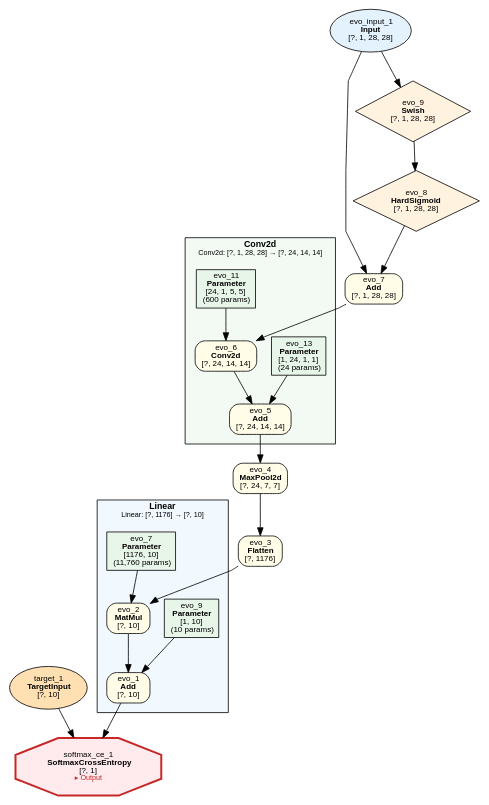
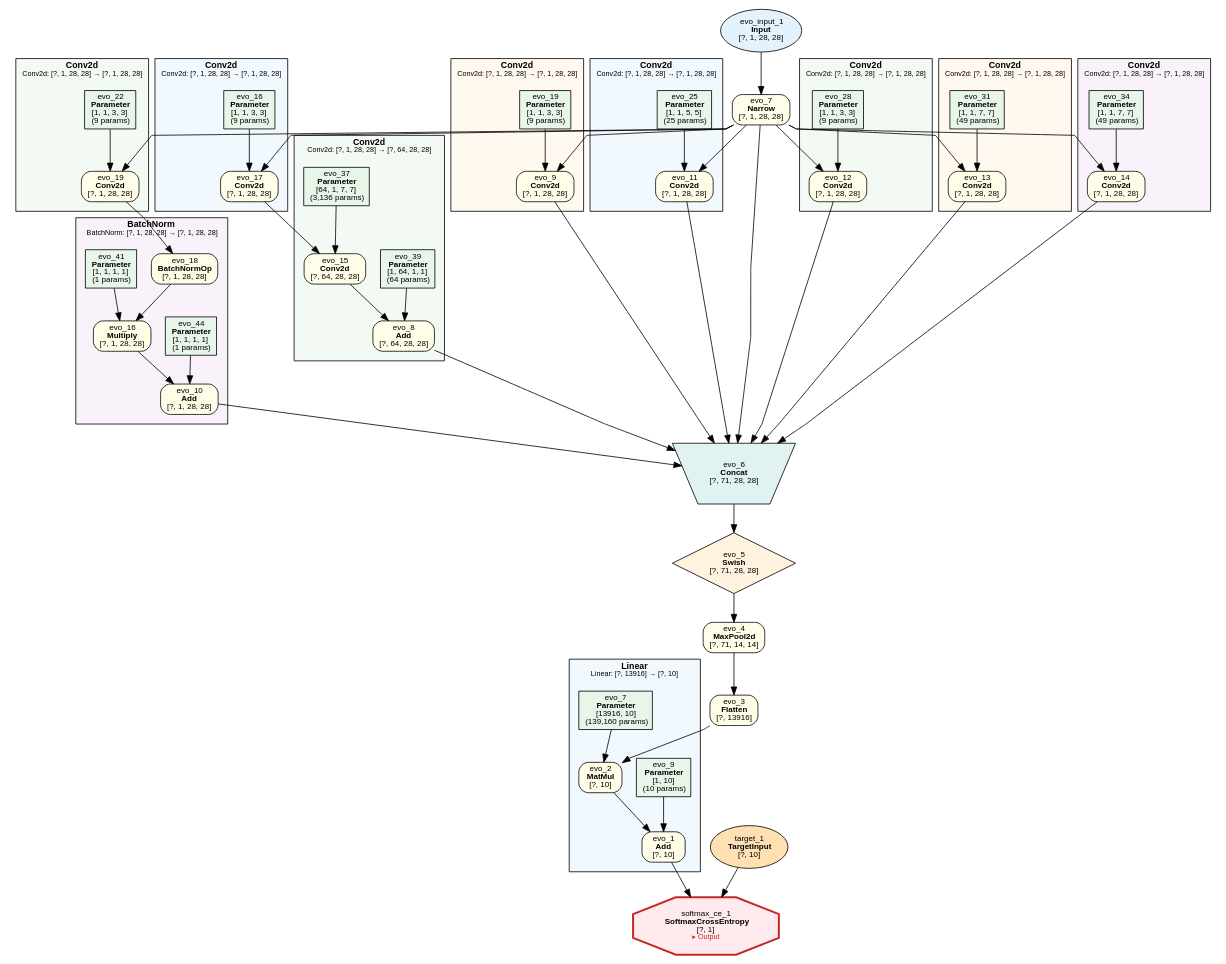
Before and after one commit to dbsxdbsx/only_torch: the diagram in examples/evolution/mnist/evolution_mnist.dot, drawn with Graphviz. The commit also changed 13 other files, not shown here.

```diff
--- a/examples/evolution/mnist/evolution_mnist.dot
+++ b/examples/evolution/mnist/evolution_mnist.dot
@@ -1,59 +1,175 @@
 digraph ComputeGraph {
     rankdir=TB;
     newrank=true;
     splines=polyline;
     node [fontname="Microsoft YaHei,SimHei,Arial"];
     edge [fontname="Microsoft YaHei,SimHei,Arial"];
 
     subgraph cluster_group_linear_3 {
-        label=<<B>Linear</B><BR/><FONT POINT-SIZE="9">Linear: [?, 1176] → [?, 10]</FONT>>;
+        label=<<B>Linear</B><BR/><FONT POINT-SIZE="9">Linear: [?, 13916] → [?, 10]</FONT>>;
         style=filled;
         fillcolor="#E3F2FD80";
         fontname="Microsoft YaHei,SimHei,Arial";
         fontsize=11;
         margin=12;
             "2" [label=<evo_1<BR/><B>Add</B><BR/>[?, 10]> shape=box style="filled,rounded" fillcolor="#FFFDE7" fontsize=10];
             "4" [label=<evo_2<BR/><B>MatMul</B><BR/>[?, 10]> shape=box style="filled,rounded" fillcolor="#FFFDE7" fontsize=10];
             "5" [label=<evo_9<BR/><B>Parameter</B><BR/>[1, 10]<BR/>(10 params)> shape=box style=filled fillcolor="#E8F5E9" fontsize=10];
-            "7" [label=<evo_7<BR/><B>Parameter</B><BR/>[1176, 10]<BR/>(11,760 params)> shape=box style=filled fillcolor="#E8F5E9" fontsize=10];
+            "7" [label=<evo_7<BR/><B>Parameter</B><BR/>[13916, 10]<BR/>(139,160 params)> shape=box style=filled fillcolor="#E8F5E9" fontsize=10];
     }
 
-    subgraph cluster_group_conv2d_4 {
-        label=<<B>Conv2d</B><BR/><FONT POINT-SIZE="9">Conv2d: [?, 1, 28, 28] → [?, 24, 14, 14]</FONT>>;
+    subgraph cluster_group_conv2d_34 {
+        label=<<B>Conv2d</B><BR/><FONT POINT-SIZE="9">Conv2d: [?, 1, 28, 28] → [?, 64, 28, 28]</FONT>>;
         style=filled;
         fillcolor="#E8F5E980";
         fontname="Microsoft YaHei,SimHei,Arial";
         fontsize=11;
         margin=12;
-            "9" [label=<evo_5<BR/><B>Add</B><BR/>[?, 24, 14, 14]> shape=box style="filled,rounded" fillcolor="#FFFDE7" fontsize=10];
-            "10" [label=<evo_6<BR/><B>Conv2d</B><BR/>[?, 24, 14, 14]> shape=box style="filled,rounded" fillcolor="#FFFDE7" fontsize=10];
-            "11" [label=<evo_13<BR/><B>Parameter</B><BR/>[1, 24, 1, 1]<BR/>(24 params)> shape=box style=filled fillcolor="#E8F5E9" fontsize=10];
-            "13" [label=<evo_11<BR/><B>Parameter</B><BR/>[24, 1, 5, 5]<BR/>(600 params)> shape=box style=filled fillcolor="#E8F5E9" fontsize=10];
+            "12" [label=<evo_8<BR/><B>Add</B><BR/>[?, 64, 28, 28]> shape=box style="filled,rounded" fillcolor="#FFFDE7" fontsize=10];
+            "20" [label=<evo_15<BR/><B>Conv2d</B><BR/>[?, 64, 28, 28]> shape=box style="filled,rounded" fillcolor="#FFFDE7" fontsize=10];
+            "21" [label=<evo_39<BR/><B>Parameter</B><BR/>[1, 64, 1, 1]<BR/>(64 params)> shape=box style=filled fillcolor="#E8F5E9" fontsize=10];
+            "30" [label=<evo_37<BR/><B>Parameter</B><BR/>[64, 1, 7, 7]<BR/>(3,136 params)> shape=box style=filled fillcolor="#E8F5E9" fontsize=10];
+    }
+
+    subgraph cluster_group_conv2d_18 {
+        label=<<B>Conv2d</B><BR/><FONT POINT-SIZE="9">Conv2d: [?, 1, 28, 28] → [?, 1, 28, 28]</FONT>>;
+        style=filled;
+        fillcolor="#FFF3E080";
+        fontname="Microsoft YaHei,SimHei,Arial";
+        fontsize=11;
+        margin=12;
+            "13" [label=<evo_9<BR/><B>Conv2d</B><BR/>[?, 1, 28, 28]> shape=box style="filled,rounded" fillcolor="#FFFDE7" fontsize=10];
+            "22" [label=<evo_19<BR/><B>Parameter</B><BR/>[1, 1, 3, 3]<BR/>(9 params)> shape=box style=filled fillcolor="#E8F5E9" fontsize=10];
+    }
+
+    subgraph cluster_group_batchnorm_35 {
+        label=<<B>BatchNorm</B><BR/><FONT POINT-SIZE="9">BatchNorm: [?, 1, 28, 28] → [?, 1, 28, 28]</FONT>>;
+        style=filled;
+        fillcolor="#F3E5F580";
+        fontname="Microsoft YaHei,SimHei,Arial";
+        fontsize=11;
+        margin=12;
+            "14" [label=<evo_10<BR/><B>Add</B><BR/>[?, 1, 28, 28]> shape=box style="filled,rounded" fillcolor="#FFFDE7" fontsize=10];
+            "23" [label=<evo_16<BR/><B>Multiply</B><BR/>[?, 1, 28, 28]> shape=box style="filled,rounded" fillcolor="#FFFDE7" fontsize=10];
+            "24" [label=<evo_44<BR/><B>Parameter</B><BR/>[1, 1, 1, 1]<BR/>(1 params)> shape=box style=filled fillcolor="#E8F5E9" fontsize=10];
+            "31" [label=<evo_18<BR/><B>BatchNormOp</B><BR/>[?, 1, 28, 28]> shape=box style="filled,rounded" fillcolor="#FFFDE7" fontsize=10];
+            "32" [label=<evo_41<BR/><B>Parameter</B><BR/>[1, 1, 1, 1]<BR/>(1 params)> shape=box style=filled fillcolor="#E8F5E9" fontsize=10];
+    }
+
+    subgraph cluster_group_conv2d_24 {
+        label=<<B>Conv2d</B><BR/><FONT POINT-SIZE="9">Conv2d: [?, 1, 28, 28] → [?, 1, 28, 28]</FONT>>;
+        style=filled;
+        fillcolor="#E3F2FD80";
+        fontname="Microsoft YaHei,SimHei,Arial";
+        fontsize=11;
+        margin=12;
+            "15" [label=<evo_11<BR/><B>Conv2d</B><BR/>[?, 1, 28, 28]> shape=box style="filled,rounded" fillcolor="#FFFDE7" fontsize=10];
+            "25" [label=<evo_25<BR/><B>Parameter</B><BR/>[1, 1, 5, 5]<BR/>(25 params)> shape=box style=filled fillcolor="#E8F5E9" fontsize=10];
+    }
+
+    subgraph cluster_group_conv2d_27 {
+        label=<<B>Conv2d</B><BR/><FONT POINT-SIZE="9">Conv2d: [?, 1, 28, 28] → [?, 1, 28, 28]</FONT>>;
+        style=filled;
+        fillcolor="#E8F5E980";
+        fontname="Microsoft YaHei,SimHei,Arial";
+        fontsize=11;
+        margin=12;
+            "16" [label=<evo_12<BR/><B>Conv2d</B><BR/>[?, 1, 28, 28]> shape=box style="filled,rounded" fillcolor="#FFFDE7" fontsize=10];
+            "26" [label=<evo_28<BR/><B>Parameter</B><BR/>[1, 1, 3, 3]<BR/>(9 params)> shape=box style=filled fillcolor="#E8F5E9" fontsize=10];
+    }
+
+    subgraph cluster_group_conv2d_30 {
+        label=<<B>Conv2d</B><BR/><FONT POINT-SIZE="9">Conv2d: [?, 1, 28, 28] → [?, 1, 28, 28]</FONT>>;
+        style=filled;
+        fillcolor="#FFF3E080";
+        fontname="Microsoft YaHei,SimHei,Arial";
+        fontsize=11;
+        margin=12;
+            "17" [label=<evo_13<BR/><B>Conv2d</B><BR/>[?, 1, 28, 28]> shape=box style="filled,rounded" fillcolor="#FFFDE7" fontsize=10];
+            "27" [label=<evo_31<BR/><B>Parameter</B><BR/>[1, 1, 7, 7]<BR/>(49 params)> shape=box style=filled fillcolor="#E8F5E9" fontsize=10];
+    }
+
+    subgraph cluster_group_conv2d_33 {
+        label=<<B>Conv2d</B><BR/><FONT POINT-SIZE="9">Conv2d: [?, 1, 28, 28] → [?, 1, 28, 28]</FONT>>;
+        style=filled;
+        fillcolor="#F3E5F580";
+        fontname="Microsoft YaHei,SimHei,Arial";
+        fontsize=11;
+        margin=12;
+            "18" [label=<evo_14<BR/><B>Conv2d</B><BR/>[?, 1, 28, 28]> shape=box style="filled,rounded" fillcolor="#FFFDE7" fontsize=10];
+            "28" [label=<evo_34<BR/><B>Parameter</B><BR/>[1, 1, 7, 7]<BR/>(49 params)> shape=box style=filled fillcolor="#E8F5E9" fontsize=10];
+    }
+
+    subgraph cluster_group_conv2d_15 {
+        label=<<B>Conv2d</B><BR/><FONT POINT-SIZE="9">Conv2d: [?, 1, 28, 28] → [?, 1, 28, 28]</FONT>>;
+        style=filled;
+        fillcolor="#E3F2FD80";
+        fontname="Microsoft YaHei,SimHei,Arial";
+        fontsize=11;
+        margin=12;
+            "29" [label=<evo_17<BR/><B>Conv2d</B><BR/>[?, 1, 28, 28]> shape=box style="filled,rounded" fillcolor="#FFFDE7" fontsize=10];
+            "33" [label=<evo_16<BR/><B>Parameter</B><BR/>[1, 1, 3, 3]<BR/>(9 params)> shape=box style=filled fillcolor="#E8F5E9" fontsize=10];
+    }
+
+    subgraph cluster_group_conv2d_21 {
+        label=<<B>Conv2d</B><BR/><FONT POINT-SIZE="9">Conv2d: [?, 1, 28, 28] → [?, 1, 28, 28]</FONT>>;
+        style=filled;
+        fillcolor="#E8F5E980";
+        fontname="Microsoft YaHei,SimHei,Arial";
+        fontsize=11;
+        margin=12;
+            "34" [label=<evo_19<BR/><B>Conv2d</B><BR/>[?, 1, 28, 28]> shape=box style="filled,rounded" fillcolor="#FFFDE7" fontsize=10];
+            "35" [label=<evo_22<BR/><B>Parameter</B><BR/>[1, 1, 3, 3]<BR/>(9 params)> shape=box style=filled fillcolor="#E8F5E9" fontsize=10];
     }
 
     "1" [label=<softmax_ce_1<BR/><B>SoftmaxCrossEntropy</B><BR/>[?, 1]<BR/><FONT COLOR="#C62828" POINT-SIZE="9">▸ Output</FONT>> shape=octagon style=filled fillcolor="#FFEBEE" fontsize=10 penwidth=2.5 color="#C62828"];
     "3" [label=<target_1<BR/><B>TargetInput</B><BR/>[?, 10]> shape=ellipse style=filled fillcolor="#FFE0B2" fontsize=10];
-    "6" [label=<evo_3<BR/><B>Flatten</B><BR/>[?, 1176]> shape=box style="filled,rounded" fillcolor="#FFFDE7" fontsize=10];
-    "8" [label=<evo_4<BR/><B>MaxPool2d</B><BR/>[?, 24, 7, 7]> shape=box style="filled,rounded" fillcolor="#FFFDE7" fontsize=10];
-    "12" [label=<evo_7<BR/><B>Add</B><BR/>[?, 1, 28, 28]> shape=box style="filled,rounded" fillcolor="#FFFDE7" fontsize=10];
-    "14" [label=<evo_8<BR/><B>HardSigmoid</B><BR/>[?, 1, 28, 28]> shape=diamond style=filled fillcolor="#FFF3E0" fontsize=10];
-    "15" [label=<evo_input_1<BR/><B>Input</B><BR/>[?, 1, 28, 28]> shape=ellipse style=filled fillcolor="#E3F2FD" fontsize=10];
-    "16" [label=<evo_9<BR/><B>Swish</B><BR/>[?, 1, 28, 28]> shape=diamond style=filled fillcolor="#FFF3E0" fontsize=10];
+    "6" [label=<evo_3<BR/><B>Flatten</B><BR/>[?, 13916]> shape=box style="filled,rounded" fillcolor="#FFFDE7" fontsize=10];
+    "8" [label=<evo_4<BR/><B>MaxPool2d</B><BR/>[?, 71, 14, 14]> shape=box style="filled,rounded" fillcolor="#FFFDE7" fontsize=10];
+    "9" [label=<evo_5<BR/><B>Swish</B><BR/>[?, 71, 28, 28]> shape=diamond style=filled fillcolor="#FFF3E0" fontsize=10];
+    "10" [label=<evo_6<BR/><B>Concat</B><BR/>[?, 71, 28, 28]> shape=invtrapezium style=filled fillcolor="#E0F2F1" fontsize=10];
+    "11" [label=<evo_7<BR/><B>Narrow</B><BR/>[?, 1, 28, 28]> shape=box style="filled,rounded" fillcolor="#FFFDE7" fontsize=10];
+    "19" [label=<evo_input_1<BR/><B>Input</B><BR/>[?, 1, 28, 28]> shape=ellipse style=filled fillcolor="#E3F2FD" fontsize=10];
 
     "2" -> "1";
     "3" -> "1";
     "4" -> "2";
     "5" -> "2";
     "6" -> "4";
     "7" -> "4";
     "8" -> "6";
     "9" -> "8";
     "10" -> "9";
-    "11" -> "9";
+    "11" -> "10";
     "12" -> "10";
     "13" -> "10";
-    "14" -> "12";
-    "15" -> "12";
-    "16" -> "14";
-    "15" -> "16";
+    "14" -> "10";
+    "15" -> "10";
+    "16" -> "10";
+    "17" -> "10";
+    "18" -> "10";
+    "19" -> "11";
+    "20" -> "12";
+    "21" -> "12";
+    "11" -> "13";
+    "22" -> "13";
+    "23" -> "14";
+    "24" -> "14";
+    "11" -> "15";
+    "25" -> "15";
+    "11" -> "16";
+    "26" -> "16";
+    "11" -> "17";
+    "27" -> "17";
+    "11" -> "18";
+    "28" -> "18";
+    "29" -> "20";
+    "30" -> "20";
+    "31" -> "23";
+    "32" -> "23";
+    "11" -> "29";
+    "33" -> "29";
+    "34" -> "31";
+    "11" -> "34";
+    "35" -> "34";
 }
```
